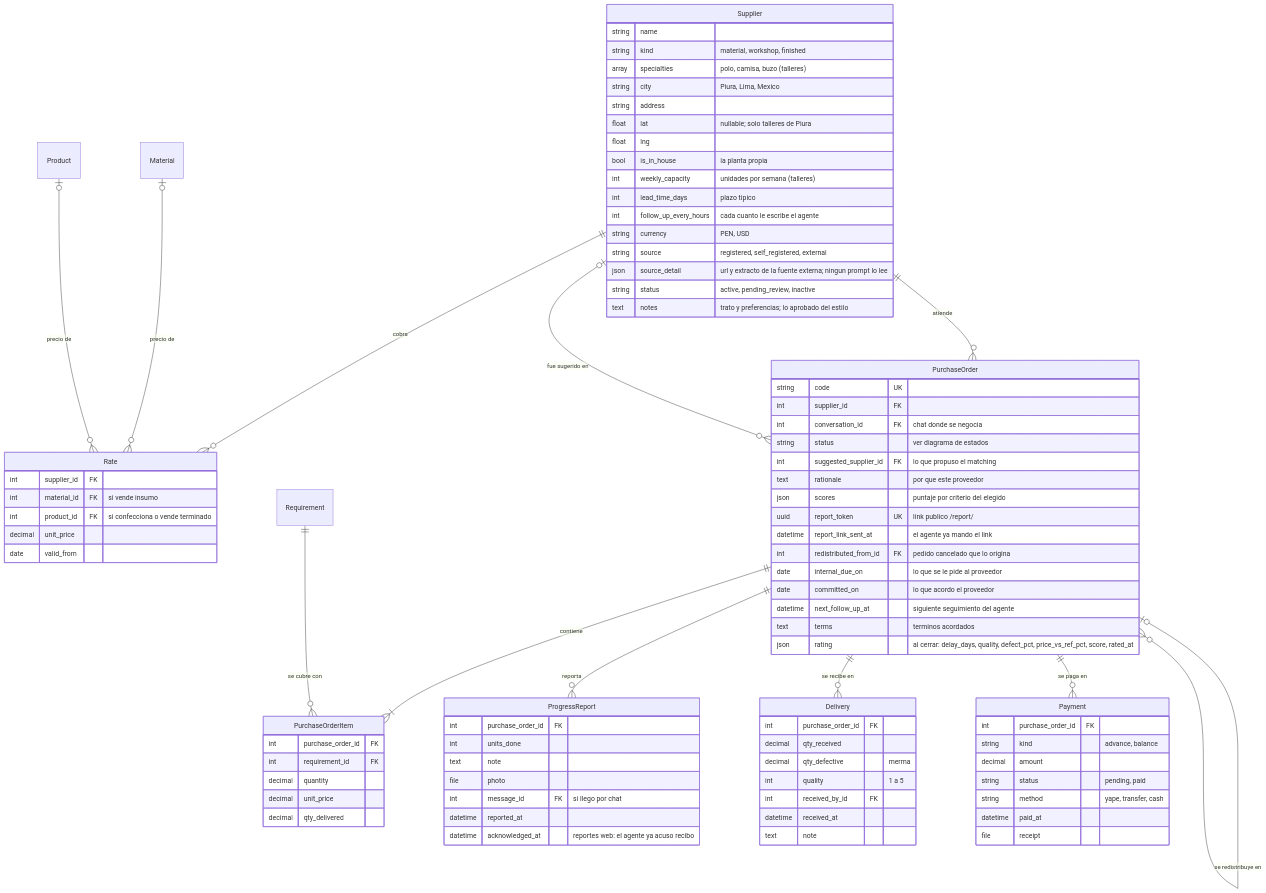
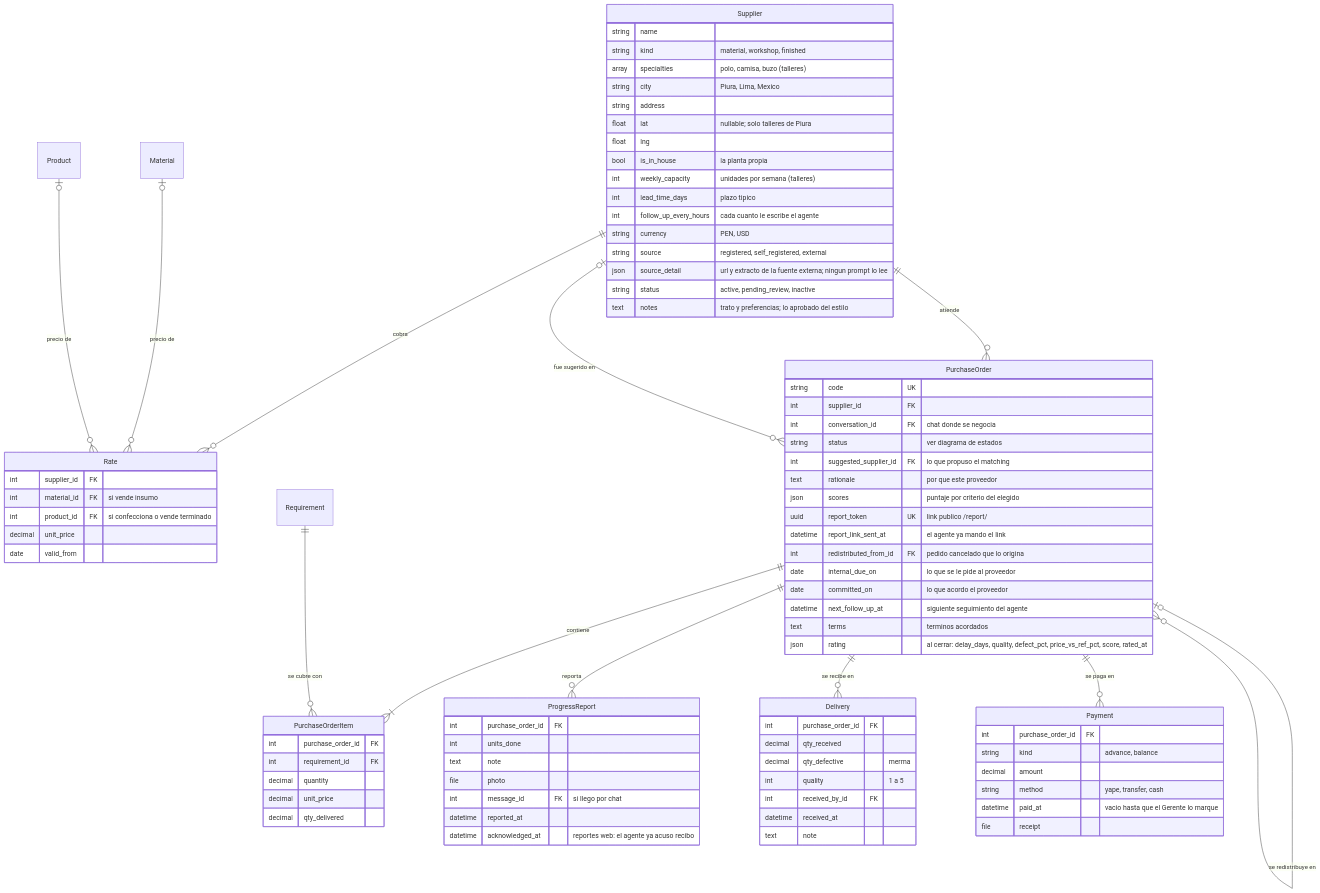
One commit to oscargicast/corpotex changed the third of 13 diagrams in docs/backend/modelo-de-datos.md. Above: the diagram before and after it, drawn with Mermaid. The commit also changed other lines of this file and 3 other files, not shown here.

Commit message:
Technical implementation roadmap per track; doc fixes

````diff
--- a/docs/backend/modelo-de-datos.md
+++ b/docs/backend/modelo-de-datos.md
@@ -477,9 +476,8 @@
         int purchase_order_id FK
         string kind "advance, balance"
         decimal amount
-        string status "pending, paid"
         string method "yape, transfer, cash"
-        datetime paid_at
+        datetime paid_at "vacio hasta que el Gerente lo marque"
         file receipt
     }
 ```
````
